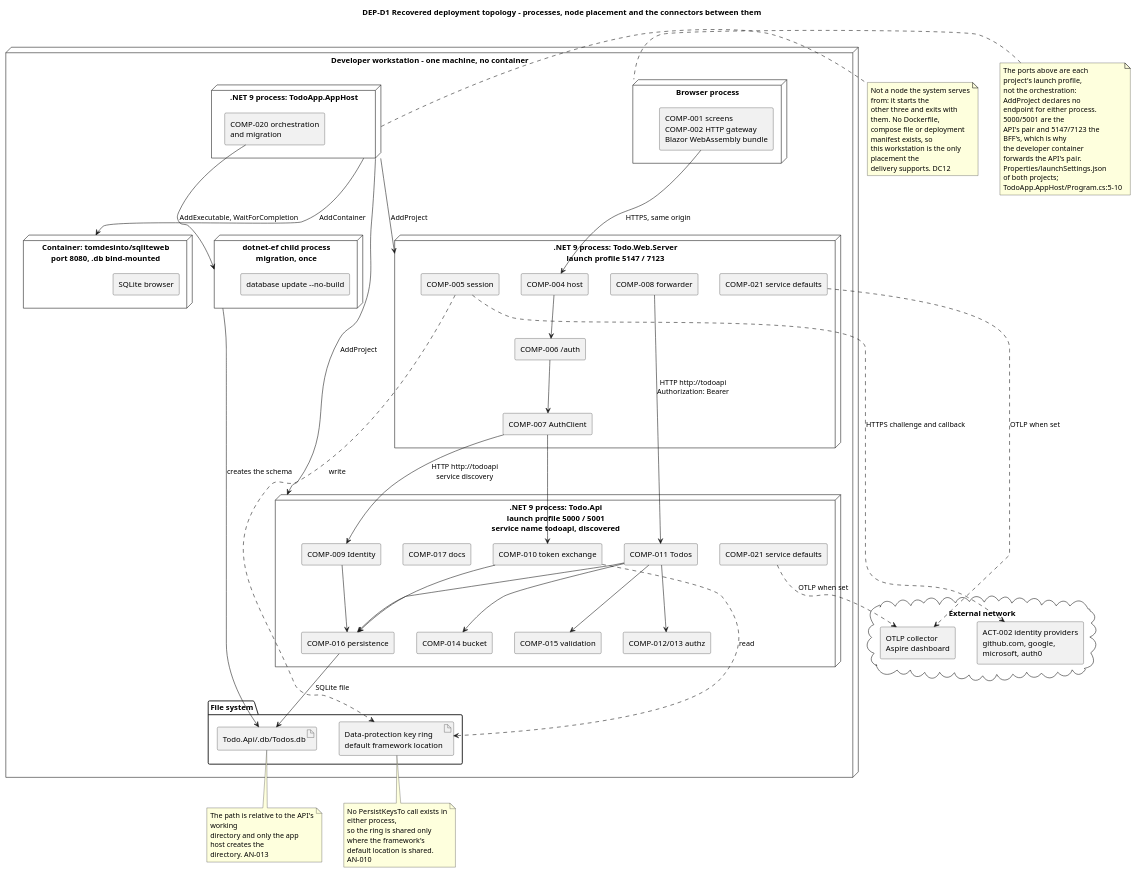
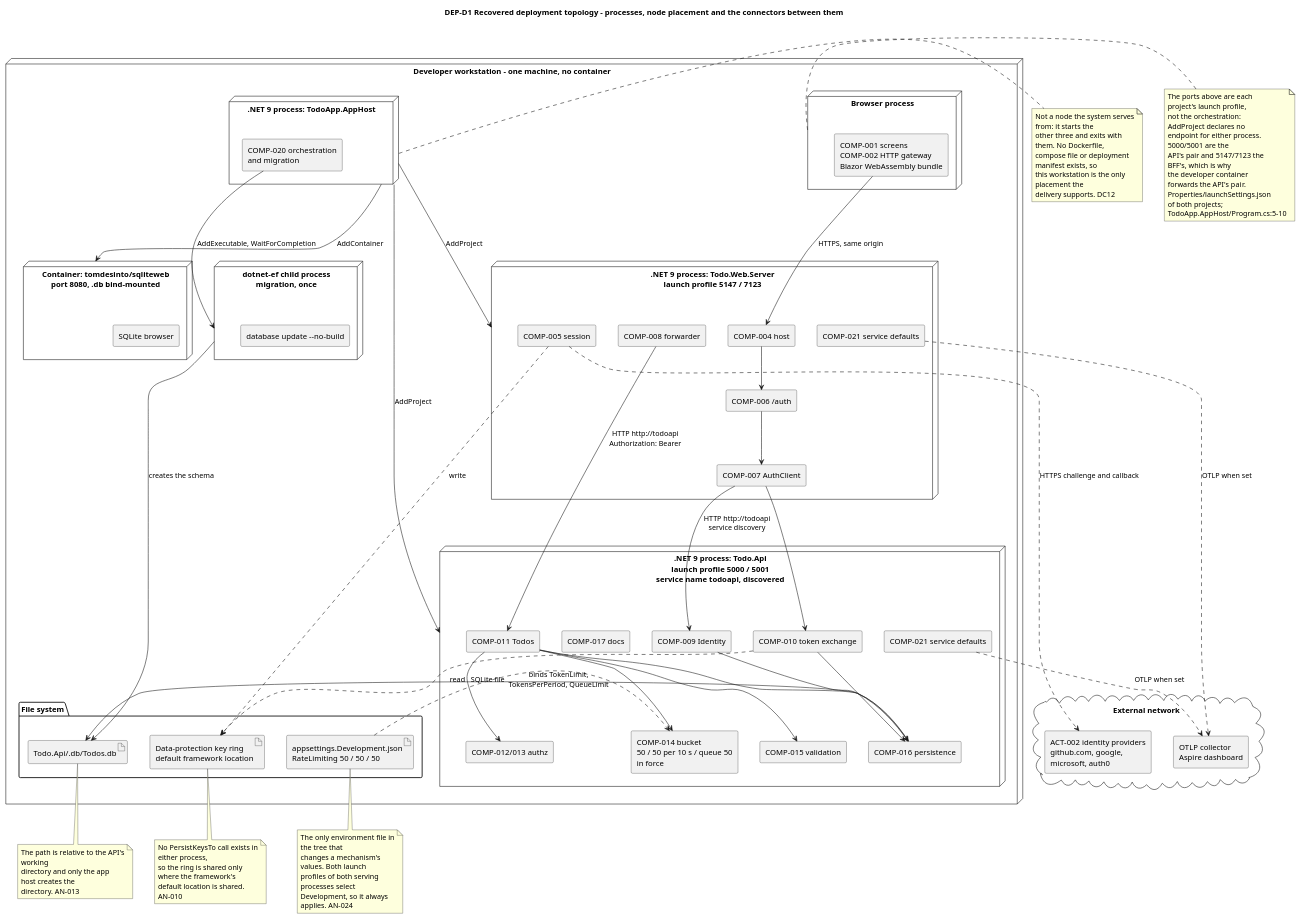
The diagram in docs/artifacts/analysis---design/deployment-model.md (banense-test/TodoApp), drawn with PlantUML before and after one commit. The commit also changed other lines of this file, not shown here.

Commit message:
Software Architect [Excavation2]: upsert Deployment Model
[skip ci]

```diff
--- a/docs/artifacts/analysis---design/deployment-model.md
+++ b/docs/artifacts/analysis---design/deployment-model.md
@@ -43,7 +43,7 @@
     component "COMP-010 token exchange" as A10
     component "COMP-011 Todos" as A11
     component "COMP-012/013 authz" as A12
-    component "COMP-014 bucket" as A14
+    component "COMP-014 bucket\n50 / 50 per 10 s / queue 50 in force" as A14
     component "COMP-015 validation" as A15
     component "COMP-016 persistence" as A16
     component "COMP-017 docs" as A17
@@ -61,6 +61,7 @@
   folder "File system" as FS {
     artifact "Todo.Api/.db/Todos.db" as DBF
     artifact "Data-protection key ring\ndefault framework location" as KF
+    artifact "appsettings.Development.json\nRateLimiting 50 / 50 / 50" as CFG
   }
 }
 cloud "External network" as NET {
@@ -83,6 +84,7 @@
 A16 --> DBF : SQLite file
 B5 ..> KF : write
 A10 ..> KF : read
+CFG ..> A14 : binds TokenLimit,\nTokensPerPeriod, QueueLimit
 H20 --> MIG : AddExecutable, WaitForCompletion
 MIG --> DBF : creates the schema
 HOST --> API : AddProject
@@ -102,6 +104,13 @@
   No PersistKeysTo call exists in either process,
   so the ring is shared only where the framework's
   default location is shared. AN-010
+end note
+
+note bottom of CFG
+  The only environment file in the tree that
+  changes a mechanism's values. Both launch
+  profiles of both serving processes select
+  Development, so it always applies. AN-024
 end note
 
 note right of HOST
```
